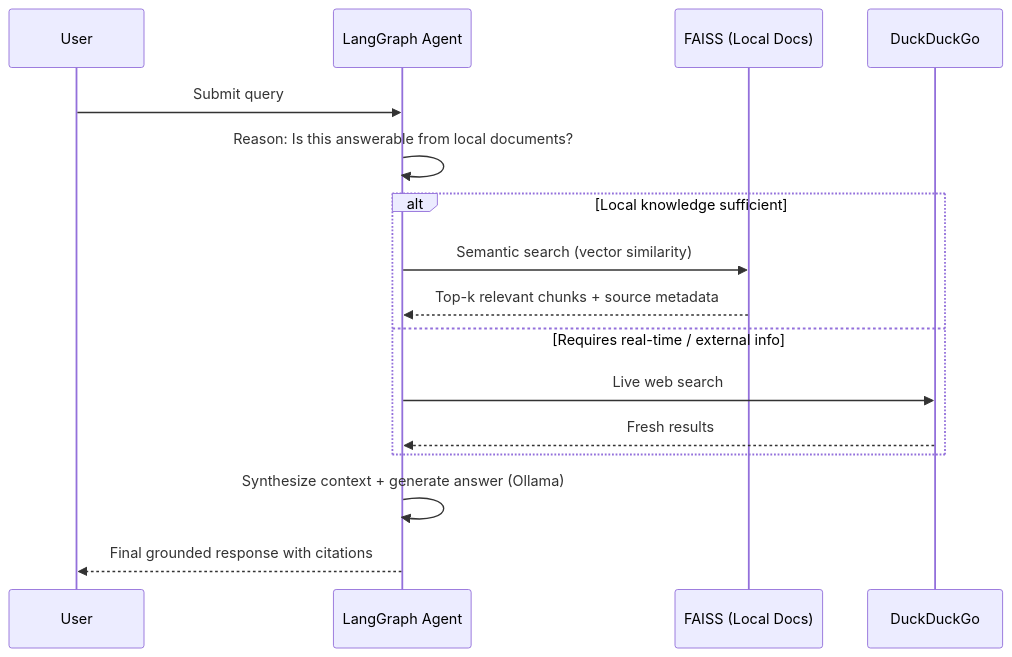
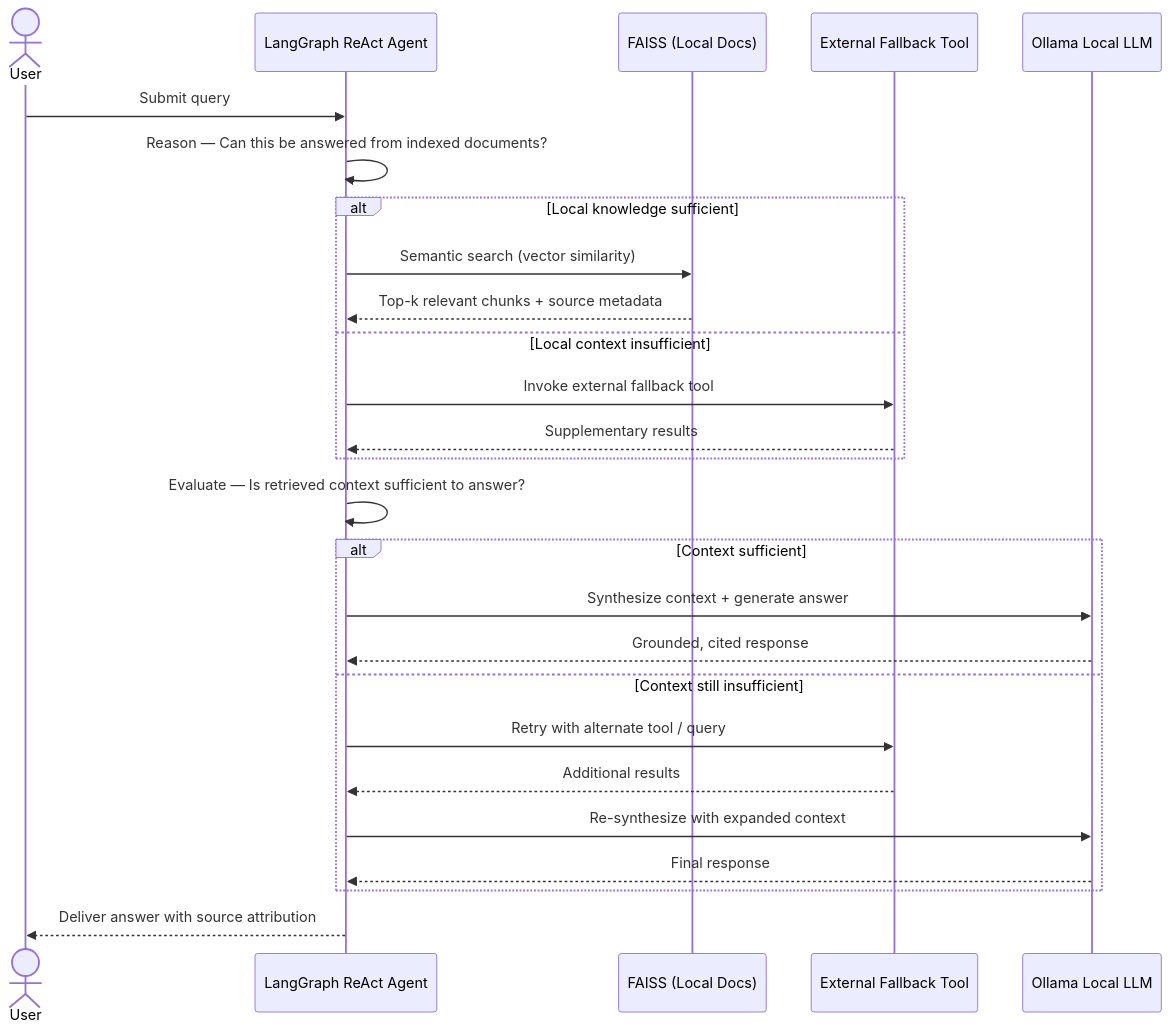
The second of 2 diagrams in README.md (Allyankhan/Multi-Document-AI-Agent-built-using-open-source-models-Offline-), drawn with Mermaid before and after one commit. The commit also changed other lines of this file, not shown here.

````diff
--- a/README.md
+++ b/README.md
@@ -94,19 +97,32 @@
 ```mermaid
 sequenceDiagram
-    participant User
-    participant Agent as LangGraph Agent
+    actor User
+    participant Agent as LangGraph ReAct Agent
     participant Docs as FAISS (Local Docs)
-    participant Web as DuckDuckGo
+    participant Fallback as External Fallback Tool
+    participant LLM as Ollama Local LLM
 
     User->>Agent: Submit query
-    Agent->>Agent: Reason: Is this answerable from local documents?
+    Agent->>Agent: Reason — Can this be answered from indexed documents?
+
     alt Local knowledge sufficient
         Agent->>Docs: Semantic search (vector similarity)
         Docs-->>Agent: Top-k relevant chunks + source metadata
-    else Requires real-time / external info
-        Agent->>Web: Live web search
-        Web-->>Agent: Fresh results
+    else Local context insufficient
+        Agent->>Fallback: Invoke external fallback tool
+        Fallback-->>Agent: Supplementary results
     end
-    Agent->>Agent: Synthesize context + generate answer (Ollama)
-    Agent-->>User: Final grounded response with citations
+
+    Agent->>Agent: Evaluate — Is retrieved context sufficient to answer?
+    alt Context sufficient
+        Agent->>LLM: Synthesize context + generate answer
+        LLM-->>Agent: Grounded, cited response
+    else Context still insufficient
+        Agent->>Fallback: Retry with alternate tool / query
+        Fallback-->>Agent: Additional results
+        Agent->>LLM: Re-synthesize with expanded context
+        LLM-->>Agent: Final response
+    end
+
+    Agent-->>User: Deliver answer with source attribution
 ```
````
